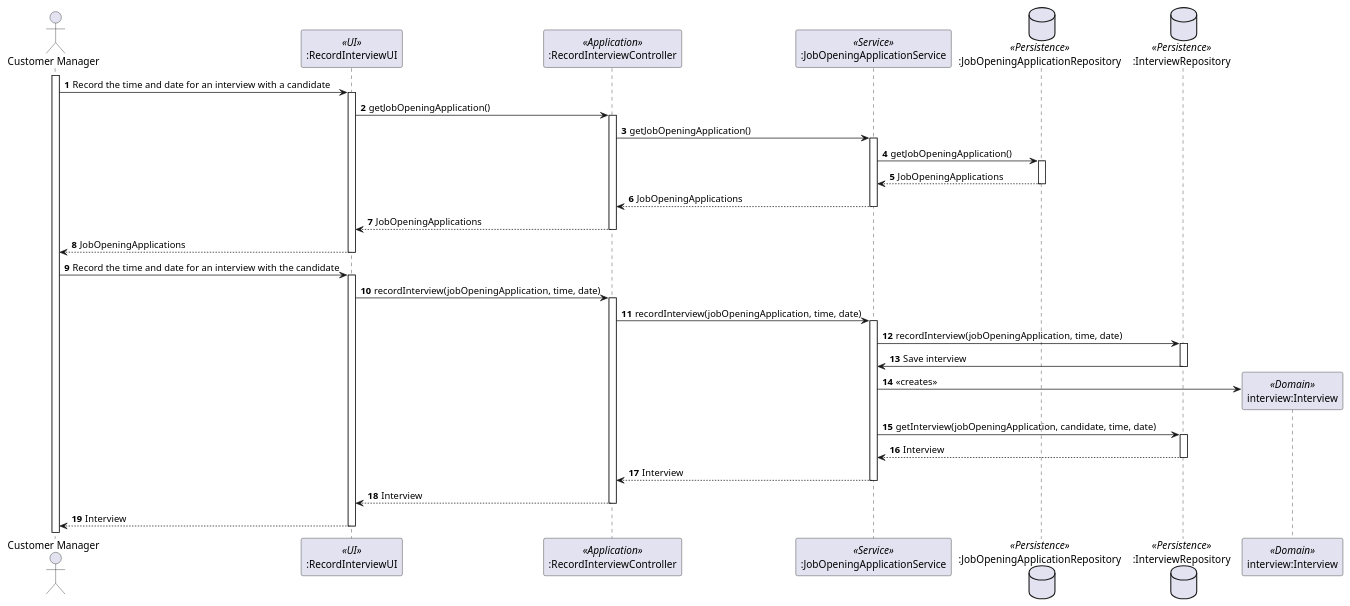
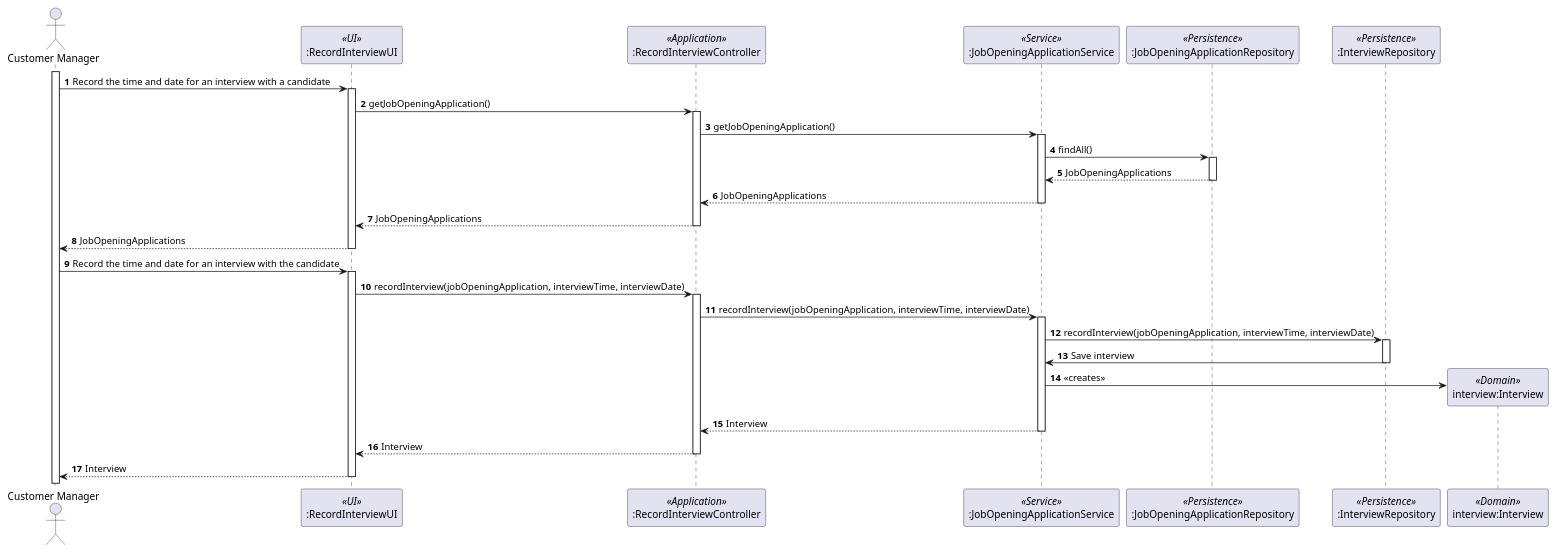
One commit to marcoferreira37/Lapr4 changed the diagram in docs/sprintC/1014/puml/1014-sequence-diagram.puml. Above: the diagram before and after it, drawn with PlantUML. The commit also changed 6 other files, not shown here.

```diff
--- a/docs/sprintC/1014/puml/1014-sequence-diagram.puml
+++ b/docs/sprintC/1014/puml/1014-sequence-diagram.puml
@@ -1,97 +1,93 @@
 @startuml
 
 actor "Customer Manager" as Agent
 participant ":RecordInterviewUI" as ui <<UI>>
 participant ":RecordInterviewController" as ctrl <<Application>>
 participant ":JobOpeningApplicationService" as jobApServ <<Service>>
-database ":JobOpeningApplicationRepository" as jobRepo <<Persistence>>
+participant ":JobOpeningApplicationRepository" as jobRepo <<Persistence>>
 'participant ":ApplicationService" as appServ <<Service>>
-database ":InterviewRepository" as intRepo <<Persistence>>
+participant ":InterviewRepository" as intRepo <<Persistence>>
 'participant "app:JobOpeningApplication" as app <<Domain>>
 participant "interview:Interview" as interview <<Domain>>
 
 
 autonumber
 
 activate Agent
 
 Agent -> ui: Record the time and date for an interview with a candidate
 activate ui
 
 ui -> ctrl: getJobOpeningApplication()
 
 
 
 activate ctrl
 
 ctrl -> jobApServ: getJobOpeningApplication()
 
 activate jobApServ
 
-jobApServ -> jobRepo: getJobOpeningApplication()
+jobApServ -> jobRepo: findAll()
 activate jobRepo
 
 jobRepo --> jobApServ: JobOpeningApplications
 
 deactivate jobRepo
 
 
 jobApServ --> ctrl: JobOpeningApplications
 deactivate jobApServ
 
 
 ctrl --> ui: JobOpeningApplications
 deactivate ctrl
 
 
 ui --> Agent: JobOpeningApplications
 deactivate ui
 
 
 
 Agent -> ui: Record the time and date for an interview with the candidate
 activate ui
 
-ui -> ctrl: recordInterview(jobOpeningApplication, time, date)
+ui -> ctrl: recordInterview(jobOpeningApplication, interviewTime, interviewDate)
 
 activate ctrl
 
-ctrl -> jobApServ: recordInterview(jobOpeningApplication, time, date)
+ctrl -> jobApServ: recordInterview(jobOpeningApplication, interviewTime, interviewDate)
 
 activate jobApServ
 
-jobApServ -> intRepo: recordInterview(jobOpeningApplication, time, date)
+jobApServ -> intRepo: recordInterview(jobOpeningApplication, interviewTime, interviewDate)
 
 activate intRepo
 
 intRepo -> jobApServ: Save interview
 deactivate intRepo
 
 
 jobApServ -> interview** : «creates»
 
-jobApServ -> intRepo: getInterview(jobOpeningApplication, candidate, time, date)
 
-activate intRepo
-
-intRepo --> jobApServ: Interview
 deactivate intRepo
 
 
 jobApServ --> ctrl: Interview
 deactivate jobApServ
 
 
 ctrl --> ui: Interview
 deactivate ctrl
 
 ui --> Agent: Interview
 
 deactivate ui
 
 
 
 
 
 
 @enduml
```
